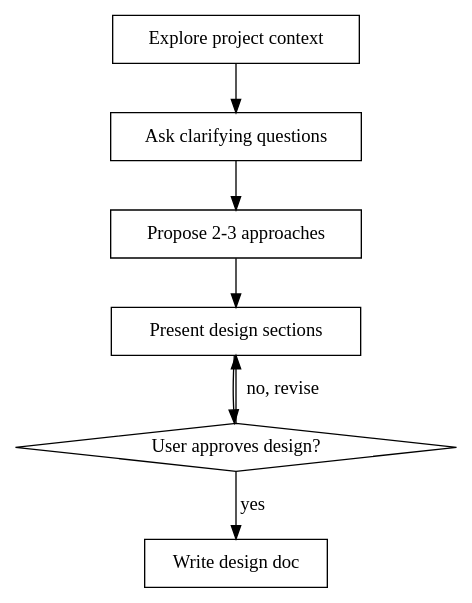
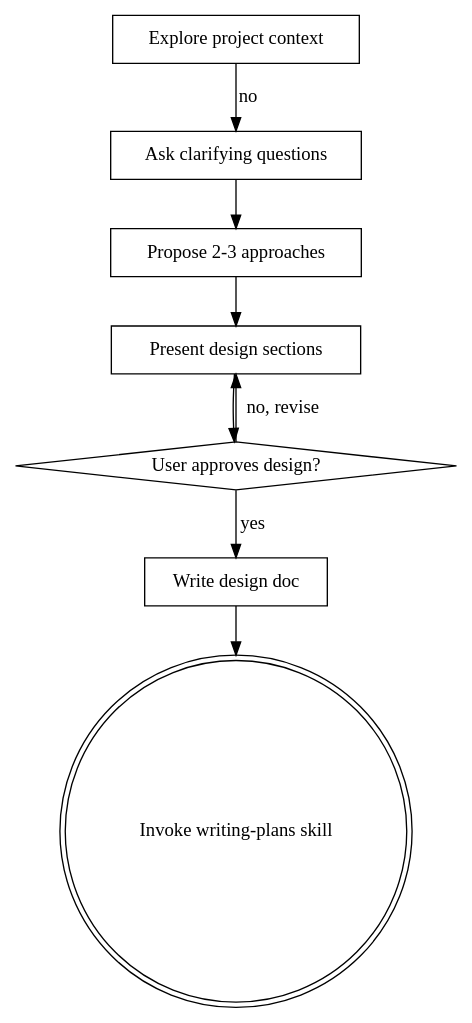
Before and after one commit to syonon/myskills: the diagram in agents/skills/brainstorming/SKILL.md, drawn with Graphviz. The commit also changed other lines of this file and 2 other files, not shown here.

````diff
--- a/agents/skills/brainstorming/SKILL.md
+++ b/agents/skills/brainstorming/SKILL.md
@@ -34,17 +34,19 @@
 ```dot
 digraph brainstorming {
     "Explore project context" [shape=box];
     "Ask clarifying questions" [shape=box];
     "Propose 2-3 approaches" [shape=box];
     "Present design sections" [shape=box];
     "User approves design?" [shape=diamond];
     "Write design doc" [shape=box];
+    "Invoke writing-plans skill" [shape=doublecircle];
 
-    "Explore project context" -> "Ask clarifying questions";
+    "Explore project context" -> "Ask clarifying questions" [label="no"];
     "Ask clarifying questions" -> "Propose 2-3 approaches";
     "Propose 2-3 approaches" -> "Present design sections";
     "Present design sections" -> "User approves design?";
     "User approves design?" -> "Present design sections" [label="no, revise"];
     "User approves design?" -> "Write design doc" [label="yes"];
+    "Write design doc" -> "Invoke writing-plans skill";
 }
 ```
````
